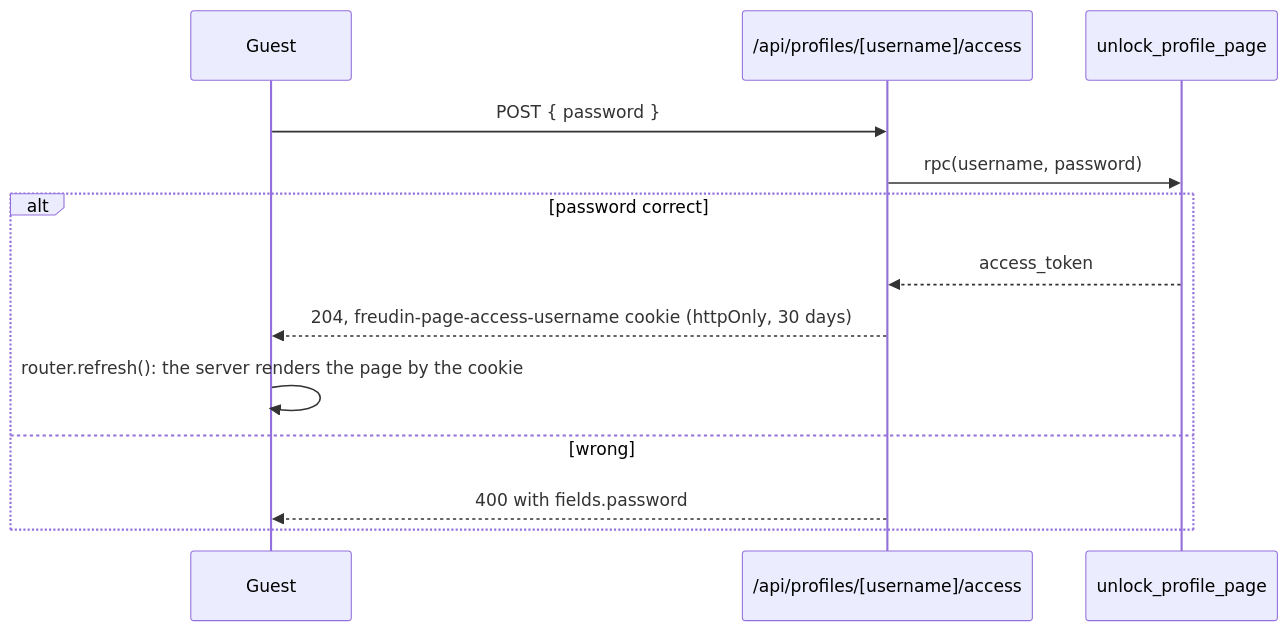
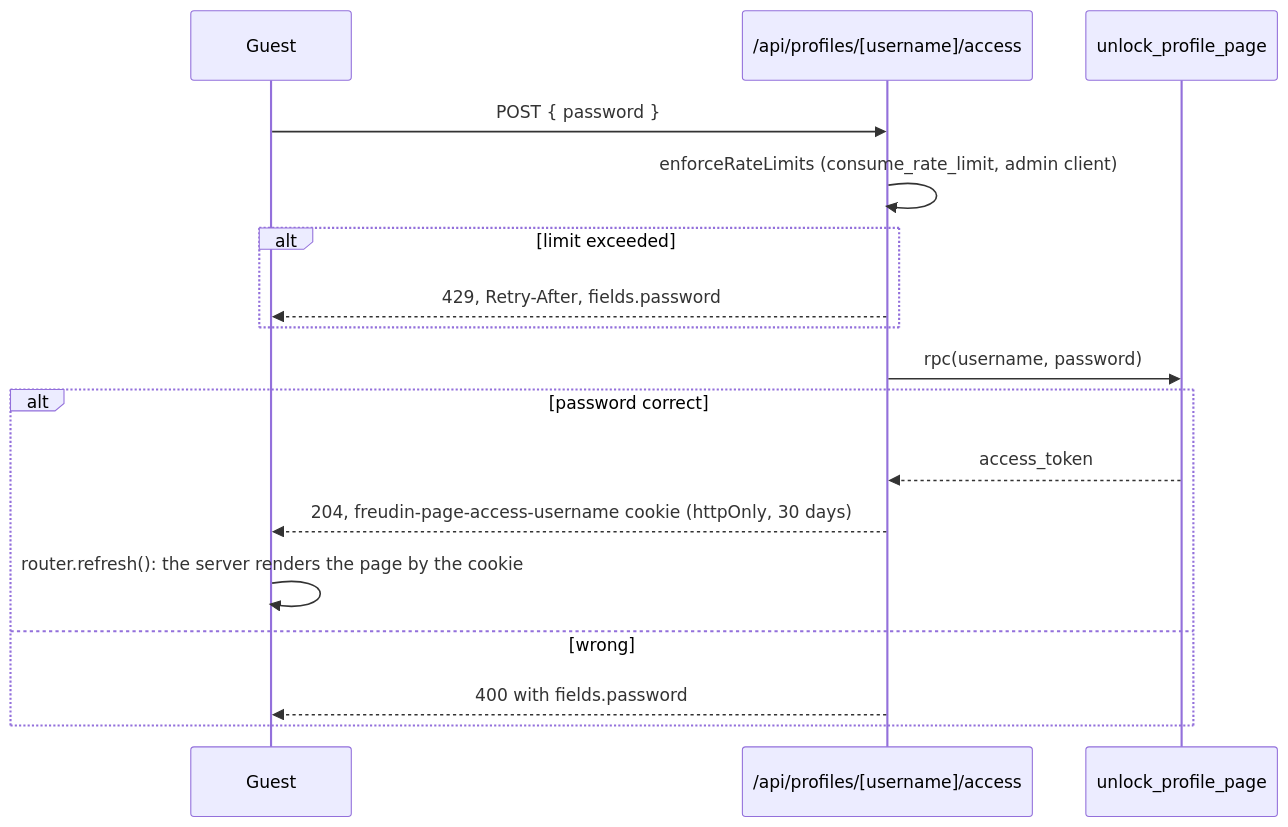
Before and after one commit to verkhoturov/freudin-website: the fourth of 5 diagrams in docs/architecture/dynamic.md, drawn with Mermaid. The commit also changed other lines of this file and 104 other files, not shown here.

````diff
--- a/docs/architecture/dynamic.md
+++ b/docs/architecture/dynamic.md
@@ -166,16 +166,20 @@
 ```mermaid
 sequenceDiagram
     participant G as Guest
     participant API as /api/profiles/[username]/access
     participant DB as unlock_profile_page
 
     G->>API: POST { password }
+    API->>API: enforceRateLimits (consume_rate_limit, admin client)
+    alt limit exceeded
+        API-->>G: 429, Retry-After, fields.password
+    end
     API->>DB: rpc(username, password)
     alt password correct
         DB-->>API: access_token
         API-->>G: 204, freudin-page-access-username cookie (httpOnly, 30 days)
         G->>G: router.refresh(): the server renders the page by the cookie
     else wrong
         API-->>G: 400 with fields.password
     end
 ```
````
